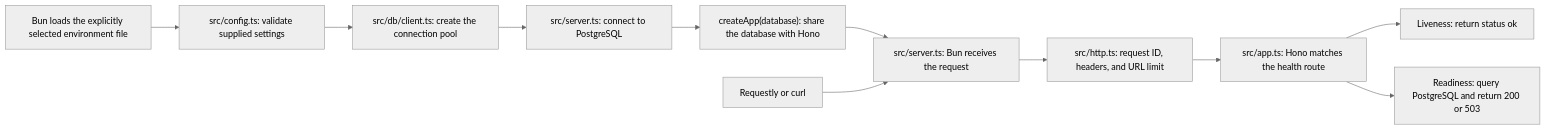
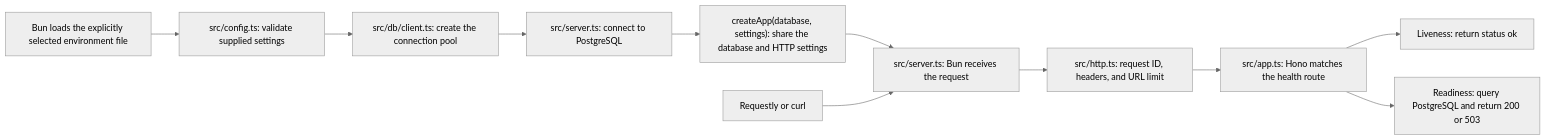
Before and after one commit to jaminwebdev/hono-drizzle-api: the diagram in README.md, drawn with Mermaid (neutral theme). The commit also changed other lines of this file and 11 other files, not shown here.

````diff
--- a/README.md
+++ b/README.md
@@ -68,13 +70,13 @@
 ```mermaid
 flowchart LR
     Bun["Bun loads the explicitly selected environment file"] --> Config["src/config.ts: validate supplied settings"]
     Config --> Database["src/db/client.ts: create the connection pool"]
     Database --> Connect["src/server.ts: connect to PostgreSQL"]
-    Connect --> App["createApp(database): share the database with Hono"]
+    Connect --> App["createApp(database, settings): share the database and HTTP settings"]
     App --> Server
     Client[Requestly or curl] --> Server["src/server.ts: Bun receives the request"]
     Server --> HTTP["src/http.ts: request ID, headers, and URL limit"]
     HTTP --> Routes["src/app.ts: Hono matches the health route"]
     Routes --> Live["Liveness: return status ok"]
     Routes --> Ready["Readiness: query PostgreSQL and return 200 or 503"]
 ```
````
